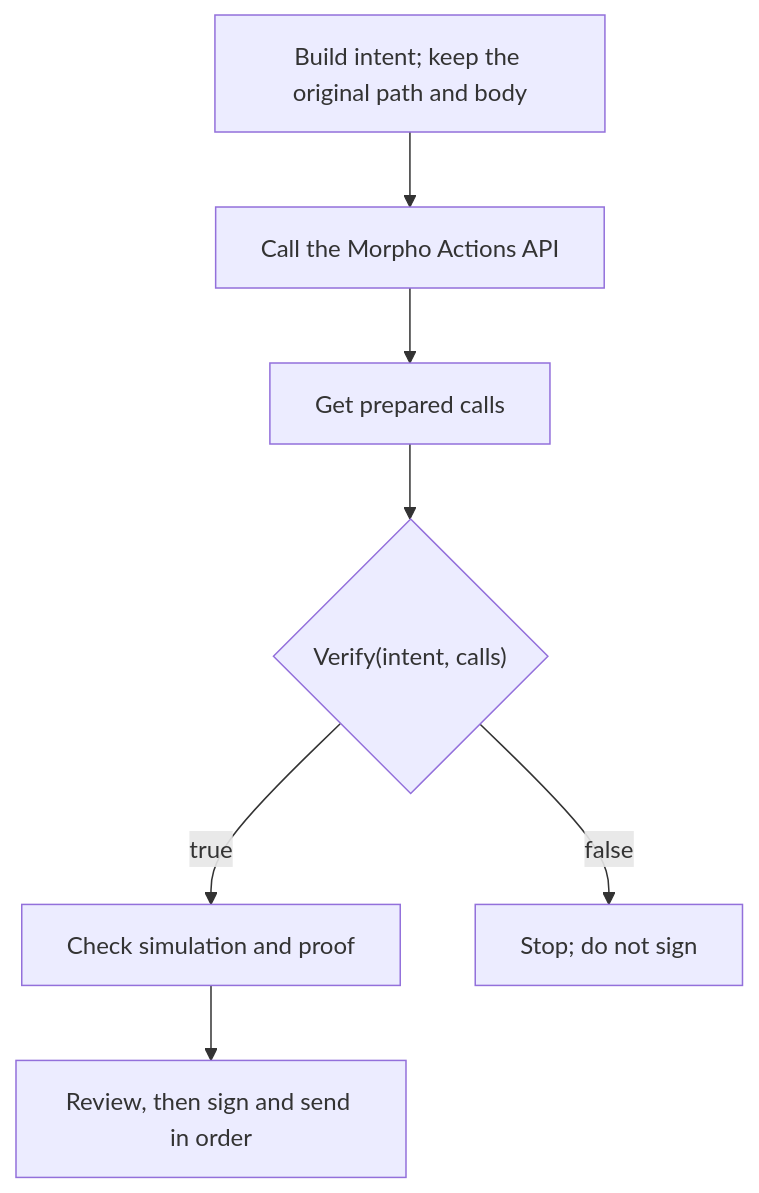
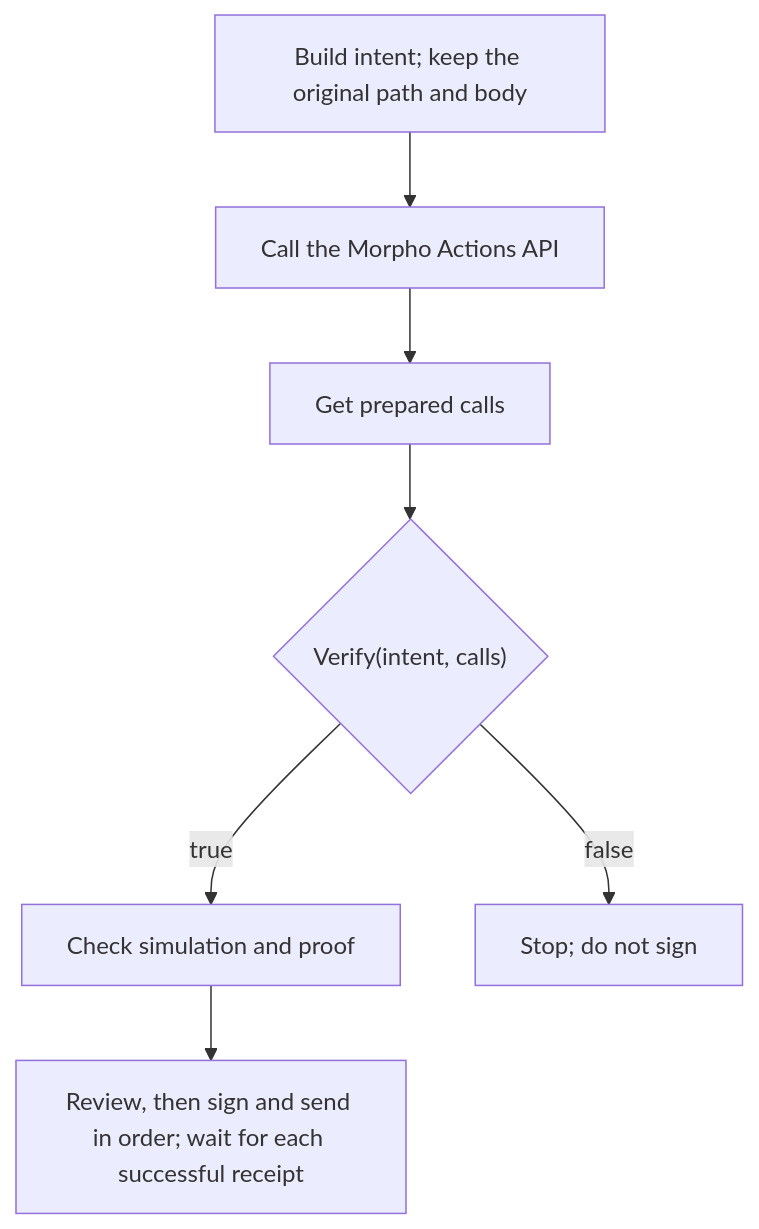
One commit to morpho-org/actions-verifier-go changed the diagram in README.md. Above: the diagram before and after it, drawn with Mermaid. The commit also changed other lines of this file, not shown here.

Commit message:
docs: wait for successful receipts between wallet calls

````diff
--- a/README.md
+++ b/README.md
@@ -20,9 +20,9 @@
 ```mermaid
 flowchart TD
     A["Build intent; keep the original path and body"] --> B["Call the Morpho Actions API"]
     B --> C["Get prepared calls"]
     C --> D{"Verify(intent, calls)"}
     D -->|true| E["Check simulation and proof"]
-    E --> G["Review, then sign and send in order"]
+    E --> G["Review, then sign and send in order; wait for each successful receipt"]
     D -->|false| F["Stop; do not sign"]
 ```
````
